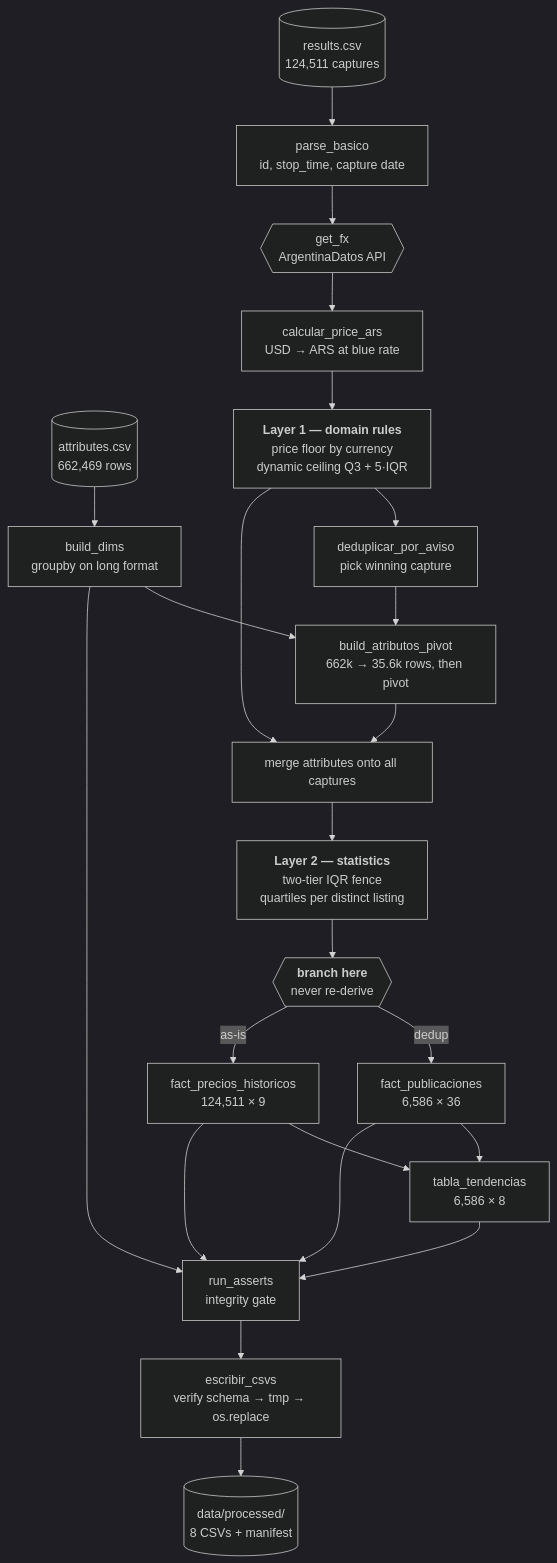
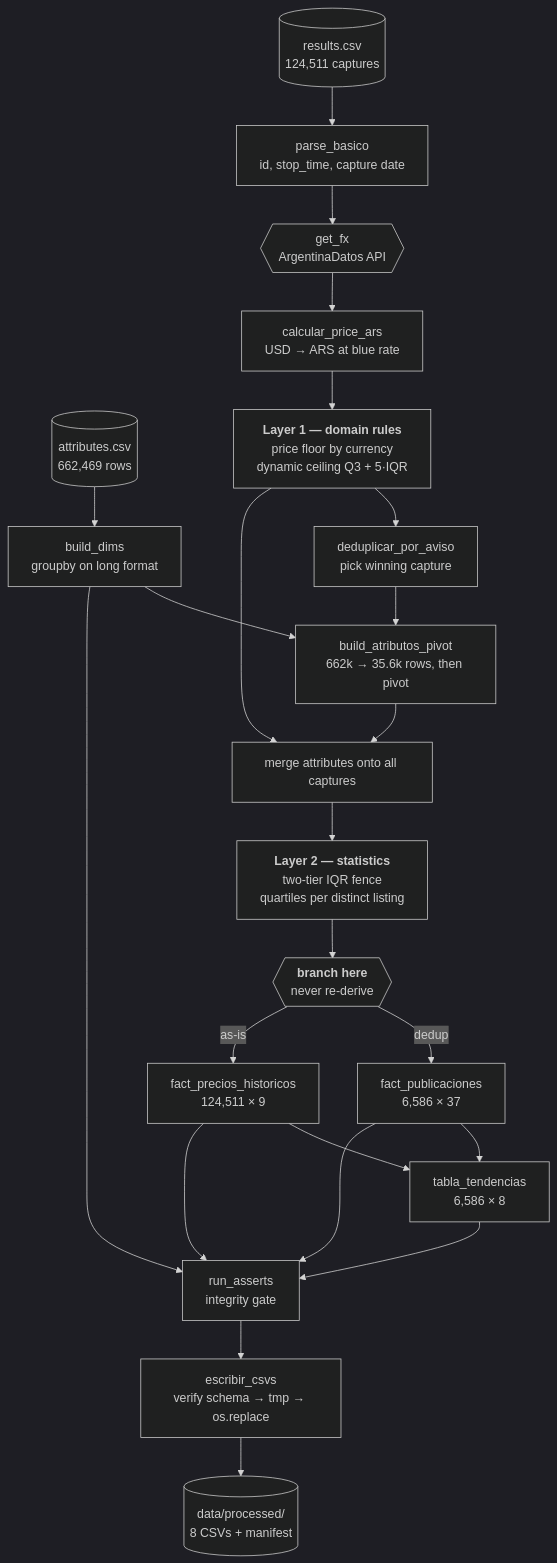
One commit to santipigretti-ssp/challenge_bi changed the first of 2 diagrams in README.md. Above: the diagram before and after it, drawn with Mermaid (dark theme). The commit also changed other lines of this file and 10 other files, not shown here.

````diff
--- a/README.md
+++ b/README.md
@@ -28,30 +28,30 @@
 ```mermaid
 flowchart TD
     R[("results.csv<br/>124,511 captures")] --> P[parse_basico<br/>id, stop_time, capture date]
     A[("attributes.csv<br/>662,469 rows")] --> DIMS[build_dims<br/>groupby on long format]
 
     P --> FX{{"get_fx<br/>ArgentinaDatos API"}}
     FX --> ARS[calcular_price_ars<br/>USD → ARS at blue rate]
     ARS --> L1["<b>Layer 1 — domain rules</b><br/>price floor by currency<br/>dynamic ceiling Q3 + 5·IQR"]
 
     L1 --> DEDUP1[deduplicar_por_aviso<br/>pick winning capture]
     DIMS --> PIVOT
     DEDUP1 --> PIVOT["build_atributos_pivot<br/>662k → 35.6k rows, then pivot"]
     PIVOT --> MERGE[merge attributes onto all captures]
     L1 --> MERGE
 
     MERGE --> L2["<b>Layer 2 — statistics</b><br/>two-tier IQR fence<br/>quartiles per distinct listing"]
 
     L2 --> BRANCH{{"<b>branch here</b><br/>never re-derive"}}
-    BRANCH -->|dedup| FP["fact_publicaciones<br/>6,586 × 36"]
+    BRANCH -->|dedup| FP["fact_publicaciones<br/>6,586 × 37"]
     BRANCH -->|as-is| FPH["fact_precios_historicos<br/>124,511 × 9"]
     FPH --> TT["tabla_tendencias<br/>6,586 × 8"]
     FP --> TT
 
     FP --> GATE
     FPH --> GATE
     TT --> GATE
     DIMS --> GATE["run_asserts<br/>integrity gate"]
     GATE --> LOAD[escribir_csvs<br/>verify schema → tmp → os.replace]
     LOAD --> OUT[("data/processed/<br/>8 CSVs + manifest")]
 ```
````
